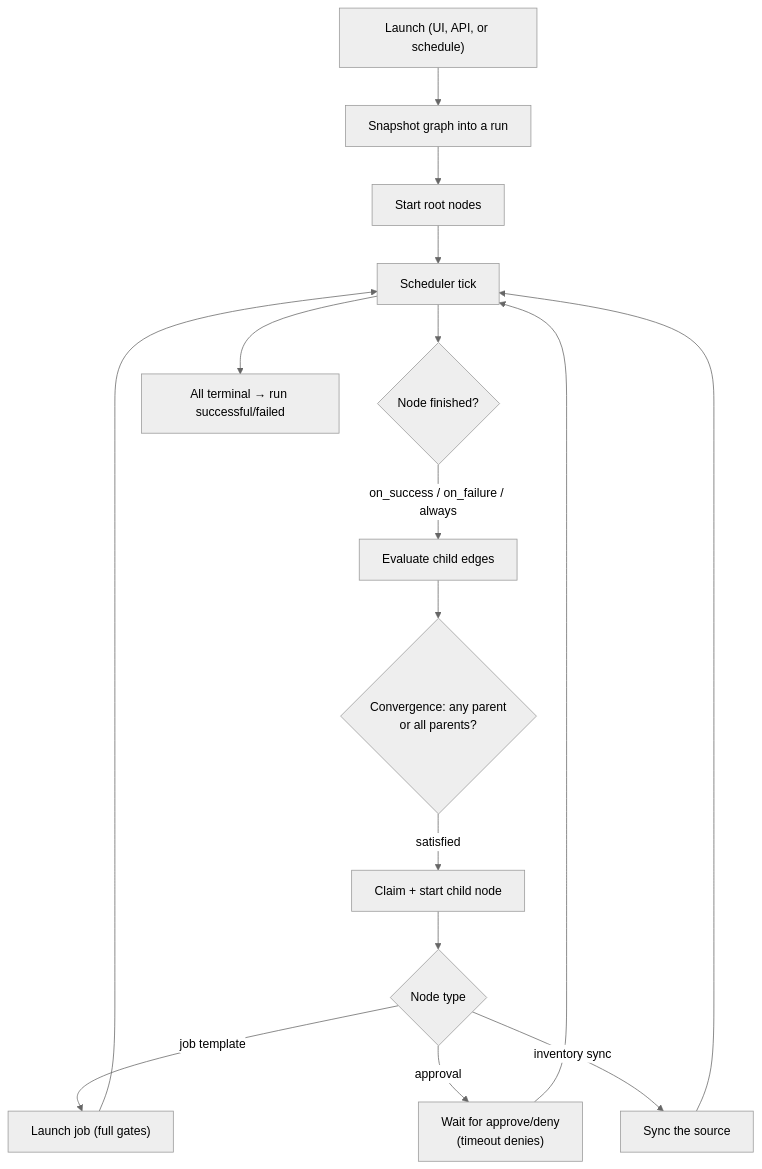
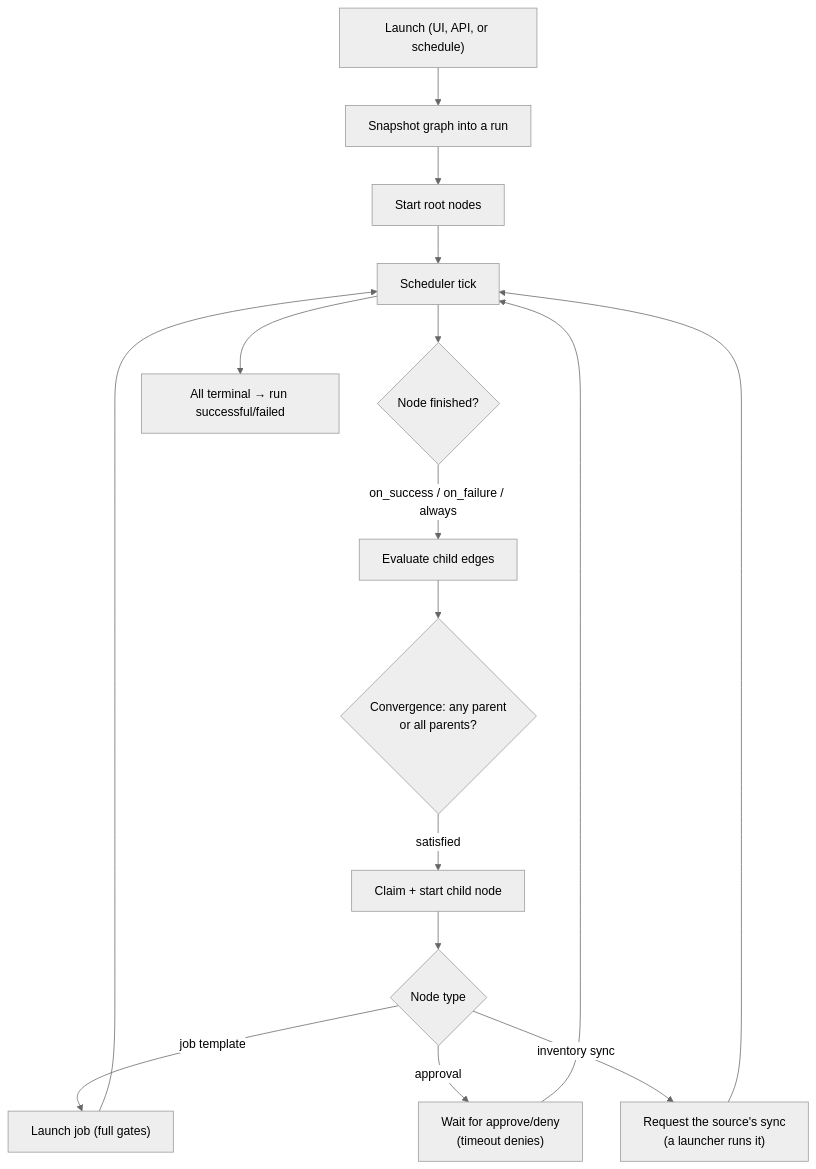
One commit to vhco-pro/stackweaver-frontend changed the fifth of 7 diagrams in docs/features/ansible/execution-flows.md. Above: the diagram before and after it, drawn with Mermaid (neutral theme). The commit also changed other lines of this file and 12 other files, not shown here.

Commit message:
Merge pull request #1054: run every inventory source sync on a launcher and tick in both scheduler modes (#330)

````diff
--- a/docs/features/ansible/execution-flows.md
+++ b/docs/features/ansible/execution-flows.md
@@ -376,18 +377,18 @@
 ```mermaid
 flowchart TD
     LAUNCH["Launch (UI, API, or schedule)"] --> SNAP["Snapshot graph into a run"]
     SNAP --> ROOT["Start root nodes"]
     ROOT --> TICKLOOP["Scheduler tick"]
     TICKLOOP --> DONE{"Node finished?"}
     DONE -->|on_success / on_failure / always| NEXT["Evaluate child edges"]
     NEXT --> CONV{"Convergence: any parent<br/>or all parents?"}
     CONV -->|satisfied| START["Claim + start child node"]
     START --> KIND{"Node type"}
     KIND -->|job template| JOB["Launch job (full gates)"]
     KIND -->|approval| APPR["Wait for approve/deny<br/>(timeout denies)"]
-    KIND -->|inventory sync| ISYNC["Sync the source"]
+    KIND -->|inventory sync| ISYNC["Request the source's sync<br/>(a launcher runs it)"]
     JOB --> TICKLOOP
     APPR --> TICKLOOP
     ISYNC --> TICKLOOP
     TICKLOOP --> ROLLUP["All terminal → run successful/failed"]
 ```
````
